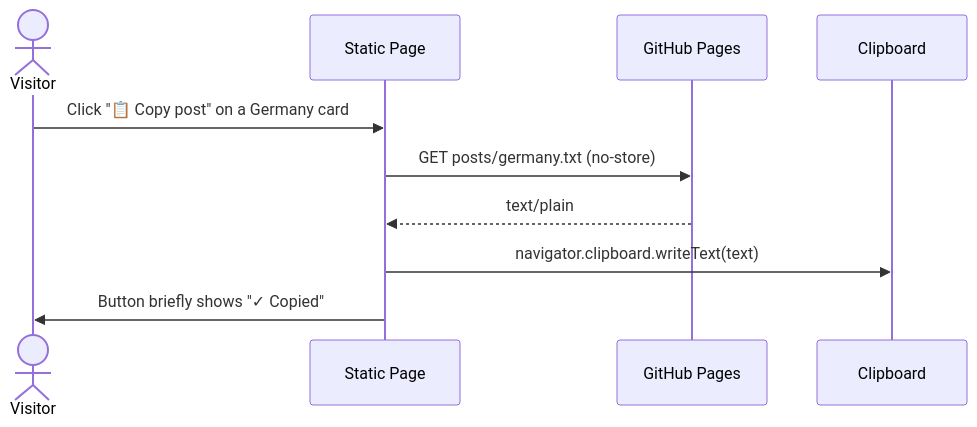
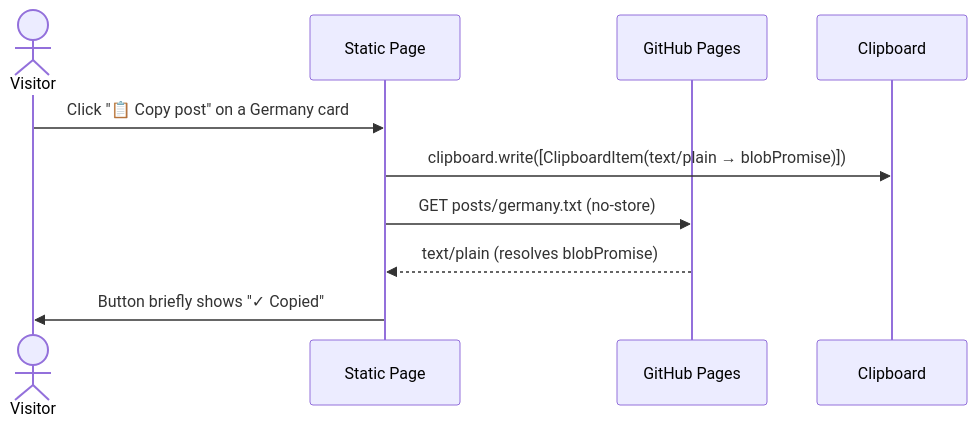
One commit to LeRaffl/LeRaffl-Gallery changed the seventh of 8 diagrams in docs/architecture/05-flows.md. Above: the diagram before and after it, drawn with Mermaid. The commit also changed other lines of this file and 1 other file, not shown here.

Commit message:
fix(gallery): Copy-post button works on Safari/iOS by switching to clipboard.write + ClipboardItem
The handler did `await fetch(...)` then `await navigator.clipboard.writeText(text)`.
Safari and iOS Safari treat the post-await call as outside the user-gesture
frame and reject it with NotAllowedError ("The request is not allowed by the
user agent or the platform in the current context"). The screenshot the user
shared shows exactly that error in the button label.

Switching to the documented Safari-safe pattern: invoke
`navigator.clipboard.write([new ClipboardItem({'text/plain': blobPromise})])`
synchronously inside the click handler. ClipboardItem accepts a Promise<Blob>,
so the fetch resolves in the background without breaking the gesture context.
Chrome / Edge / Firefox accept the same path. Falls back to `writeText` if
ClipboardItem is unavailable.

Updated Flow G.1 in docs/architecture/05-flows.md to mirror the new ordering
(clipboard.write fires first, fetch resolves the embedded Promise<Blob>) plus
a one-paragraph note explaining why the synchronous call is required.

https://claude.ai/code/session_01LGYP34rYmgxqd5VCcA3Fuv

````diff
--- a/docs/architecture/05-flows.md
+++ b/docs/architecture/05-flows.md
@@ -224,13 +224,13 @@
 ```mermaid
 sequenceDiagram
     actor Visitor
     participant Page as Static Page
     participant Pages as GitHub Pages
     participant Clipboard
 
     Visitor->>Page: Click "📋 Copy post" on a Germany card
+    Page->>Clipboard: clipboard.write([ClipboardItem(text/plain → blobPromise)])
     Page->>Pages: GET posts/germany.txt (no-store)
-    Pages-->>Page: text/plain
-    Page->>Clipboard: navigator.clipboard.writeText(text)
+    Pages-->>Page: text/plain (resolves blobPromise)
     Page->>Visitor: Button briefly shows "✓ Copied"
 ```
````
